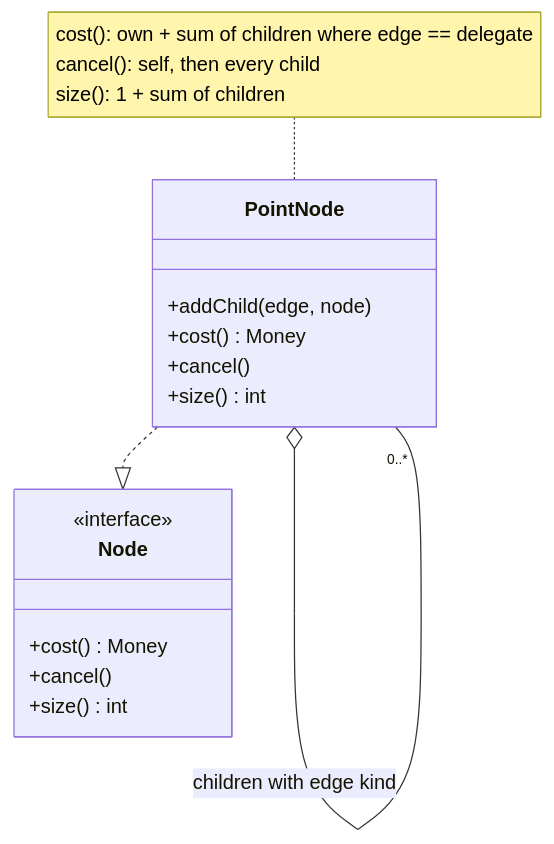
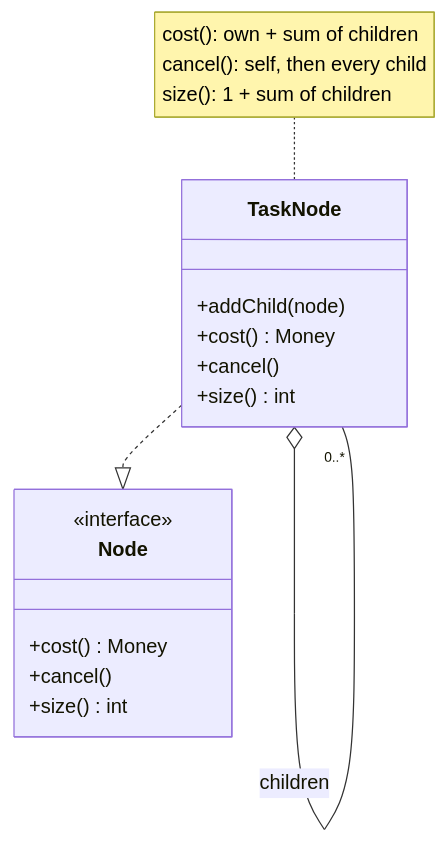
Before and after one commit to ziyangliu-666/lumen-next: diagram 12 of 16 in docs/ARCHITECTURE.md, drawn with Mermaid. The commit also changed other lines of this file and 25 other files, not shown here.

First line of the commit message:
contract: a task, not a point, and a tree, not a graph

````diff
--- a/docs/ARCHITECTURE.md
+++ b/docs/ARCHITECTURE.md
@@ -609,18 +605,18 @@
 ```mermaid
 classDiagram
   class Node {
     <<interface>>
     +cost() Money
     +cancel()
     +size() int
   }
-  class PointNode {
-    +addChild(edge, node)
+  class TaskNode {
+    +addChild(node)
     +cost() Money
     +cancel()
     +size() int
   }
-  PointNode ..|> Node
-  PointNode o-- "0..*" PointNode : children with edge kind
-  note for PointNode "cost(): own + sum of children where edge == delegate<br/>cancel(): self, then every child<br/>size(): 1 + sum of children"
+  TaskNode ..|> Node
+  TaskNode o-- "0..*" TaskNode : children
+  note for TaskNode "cost(): own + sum of children<br/>cancel(): self, then every child<br/>size(): 1 + sum of children"
 ```
````
